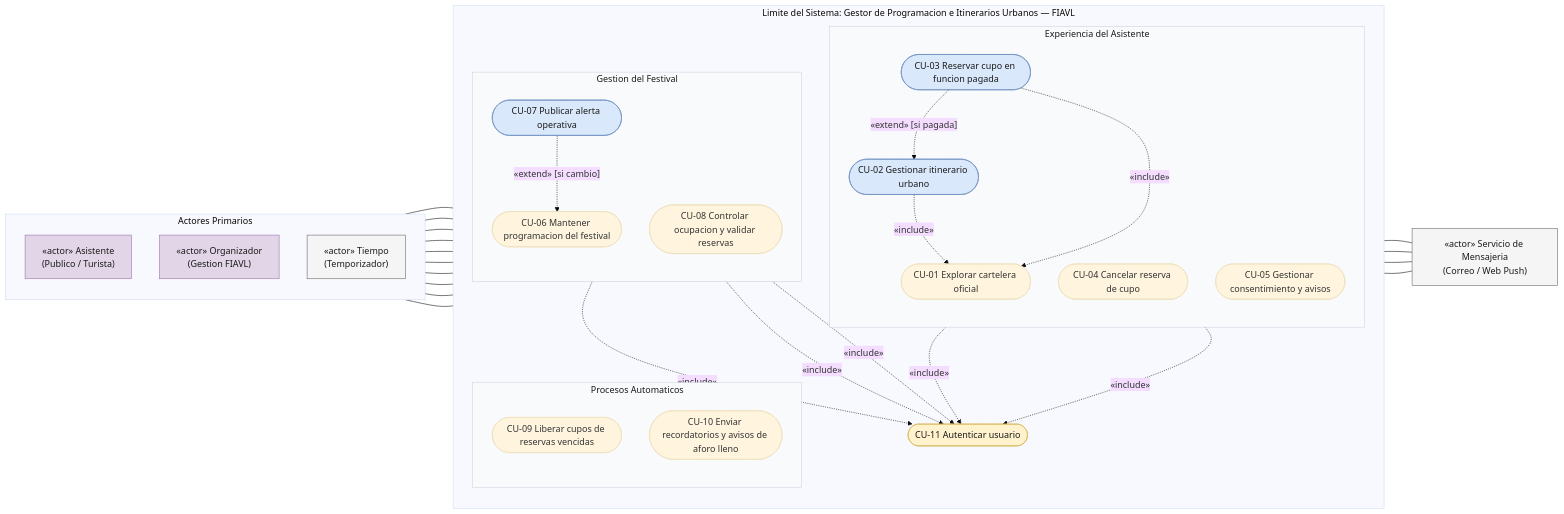
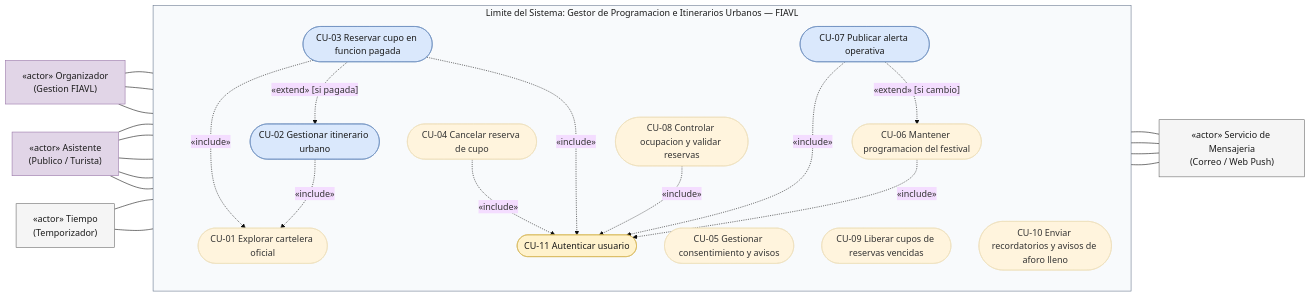
The diagram in docs/architecture/01-scenarios-view.md (ArquitecturaSoftwareEC-UNI/FIAVL_ProyectoBIM), drawn with Mermaid (base theme) before and after one commit.

Commit message:
style(arch): quitar recuadros internos del diagrama unico de casos de uso

````diff
--- a/docs/architecture/01-scenarios-view.md
+++ b/docs/architecture/01-scenarios-view.md
@@ -29,79 +29,65 @@
 ```mermaid
 flowchart LR
-  subgraph PRIMARIOS["Actores Primarios"]
-    direction TB
-    ACT_ASIST["«actor» Asistente\n(Publico / Turista)"]
-    ACT_ORG["«actor» Organizador\n(Gestion FIAVL)"]
-    ACT_TIEMPO["«actor» Tiempo\n(Temporizador)"]
-  end
+  ACT_ORG["«actor» Organizador\n(Gestion FIAVL)"]
+  ACT_ASIST["«actor» Asistente\n(Publico / Turista)"]
+  ACT_TIEMPO["«actor» Tiempo\n(Temporizador)"]
 
   subgraph SYS["Limite del Sistema: Gestor de Programacion e Itinerarios Urbanos — FIAVL"]
     direction TB
-    subgraph G_ASIST["Experiencia del Asistente"]
-      direction TB
-      CU01(["CU-01 Explorar cartelera oficial"])
-      CU02(["CU-02 Gestionar itinerario urbano"])
-      CU03(["CU-03 Reservar cupo en funcion pagada"])
-      CU04(["CU-04 Cancelar reserva de cupo"])
-      CU05(["CU-05 Gestionar consentimiento y avisos"])
-    end
+    CU06(["CU-06 Mantener programacion del festival"])
+    CU07(["CU-07 Publicar alerta operativa"])
+    CU08(["CU-08 Controlar ocupacion y validar reservas"])
 
-    subgraph G_ORG["Gestion del Festival"]
-      direction TB
-      CU06(["CU-06 Mantener programacion del festival"])
-      CU07(["CU-07 Publicar alerta operativa"])
-      CU08(["CU-08 Controlar ocupacion y validar reservas"])
-    end
+    CU05(["CU-05 Gestionar consentimiento y avisos"])
+    CU01(["CU-01 Explorar cartelera oficial"])
+    CU02(["CU-02 Gestionar itinerario urbano"])
+    CU03(["CU-03 Reservar cupo en funcion pagada"])
+    CU04(["CU-04 Cancelar reserva de cupo"])
 
-    subgraph G_AUTO["Procesos Automaticos"]
-      direction TB
-      CU09(["CU-09 Liberar cupos de reservas vencidas"])
-      CU10(["CU-10 Enviar recordatorios y avisos de aforo lleno"])
-    end
+    CU09(["CU-09 Liberar cupos de reservas vencidas"])
+    CU10(["CU-10 Enviar recordatorios y avisos de aforo lleno"])
 
     CU11(["CU-11 Autenticar usuario"])
 
+    CU07 -. "«extend» [si cambio]" .-> CU06
     CU02 -. "«include»" .-> CU01
     CU03 -. "«extend» [si pagada]" .-> CU02
     CU03 -. "«include»" .-> CU01
-    CU07 -. "«extend» [si cambio]" .-> CU06
 
-    CU03 -. "«include»" .-> CU11
-    CU04 -. "«include»" .-> CU11
     CU06 -. "«include»" .-> CU11
     CU07 -. "«include»" .-> CU11
     CU08 -. "«include»" .-> CU11
+    CU03 -. "«include»" .-> CU11
+    CU04 -. "«include»" .-> CU11
   end
 
   ACT_MSG["«actor» Servicio de Mensajeria\n(Correo / Web Push)"]
-
-  ACT_ASIST --- CU01
-  ACT_ASIST --- CU02
-  ACT_ASIST --- CU03
-  ACT_ASIST --- CU04
-  ACT_ASIST --- CU05
 
   ACT_ORG --- CU06
   ACT_ORG --- CU07
   ACT_ORG --- CU08
 
+  ACT_ASIST --- CU05
+  ACT_ASIST --- CU01
+  ACT_ASIST --- CU02
+  ACT_ASIST --- CU03
+  ACT_ASIST --- CU04
+
   ACT_TIEMPO --- CU09
   ACT_TIEMPO --- CU10
 
+  CU07 --- ACT_MSG
   CU03 --- ACT_MSG
   CU04 --- ACT_MSG
-  CU07 --- ACT_MSG
   CU10 --- ACT_MSG
 
   style ACT_ASIST fill:#E1D5E7,stroke:#9673A6,color:#1a1a1a
   style ACT_ORG fill:#E1D5E7,stroke:#9673A6,color:#1a1a1a
   style ACT_TIEMPO fill:#F5F5F5,stroke:#666666,color:#1a1a1a
   style ACT_MSG fill:#F5F5F5,stroke:#666666,color:#1a1a1a
   style CU02 fill:#DAE8FC,stroke:#6C8EBF,color:#1a1a1a
   style CU03 fill:#DAE8FC,stroke:#6C8EBF,color:#1a1a1a
   style CU07 fill:#DAE8FC,stroke:#6C8EBF,color:#1a1a1a
   style CU11 fill:#FFF2CC,stroke:#D6B656,color:#1a1a1a
-  style G_ASIST fill:#F8FAFC,stroke:#CBD5E1,color:#1a1a1a
-  style G_ORG fill:#F8FAFC,stroke:#CBD5E1,color:#1a1a1a
-  style G_AUTO fill:#F8FAFC,stroke:#CBD5E1,color:#1a1a1a
+  style SYS fill:#F8FAFC,stroke:#64748B,color:#1a1a1a
 ```
````
